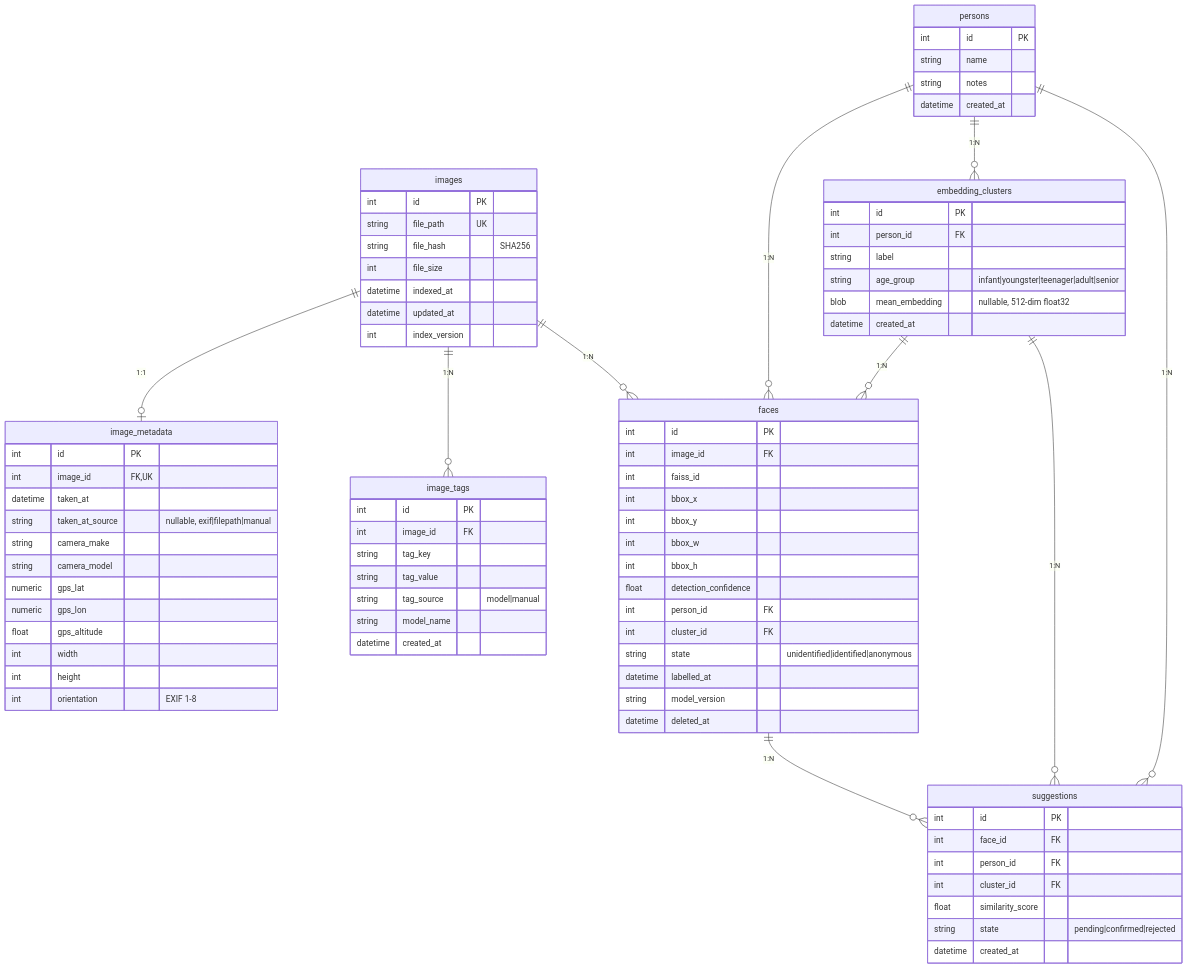
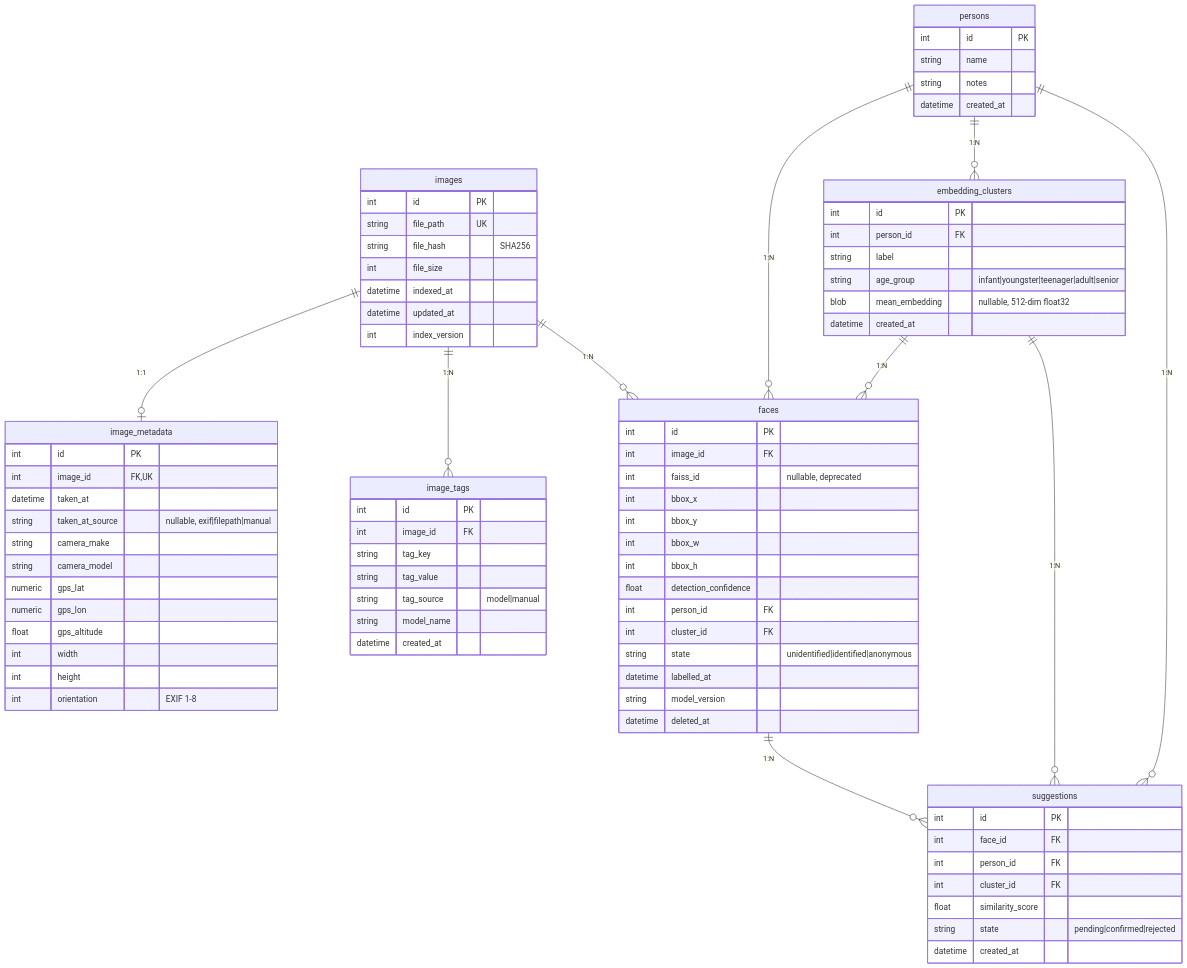
The diagram in README.md (steinsag/photoaident), drawn with Mermaid before and after one commit. The commit also changed other lines of this file and 1 other file, not shown here.

First line of the commit message:
fix(app): use loaded store's dimension for FAISS migration rebuild

```diff
--- a/README.md
+++ b/README.md
@@ -234,7 +235,7 @@
     faces {
         int id PK
         int image_id FK
-        int faiss_id
+        int faiss_id "nullable, deprecated"
         int bbox_x
         int bbox_y
         int bbox_w
```
